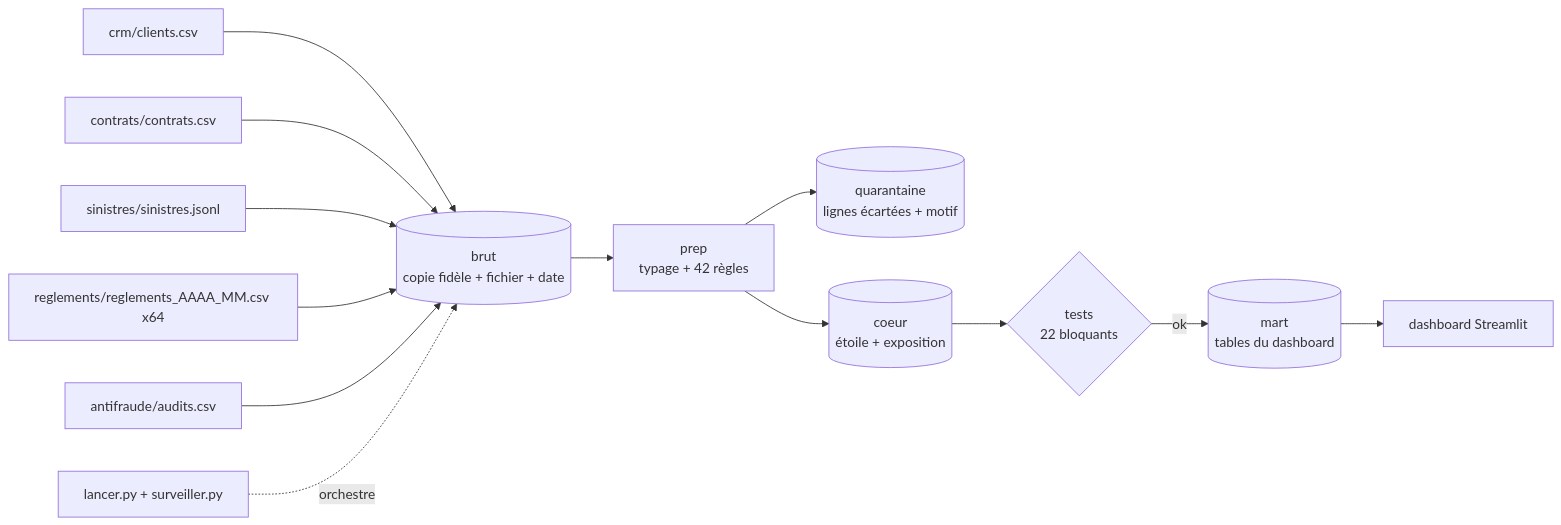
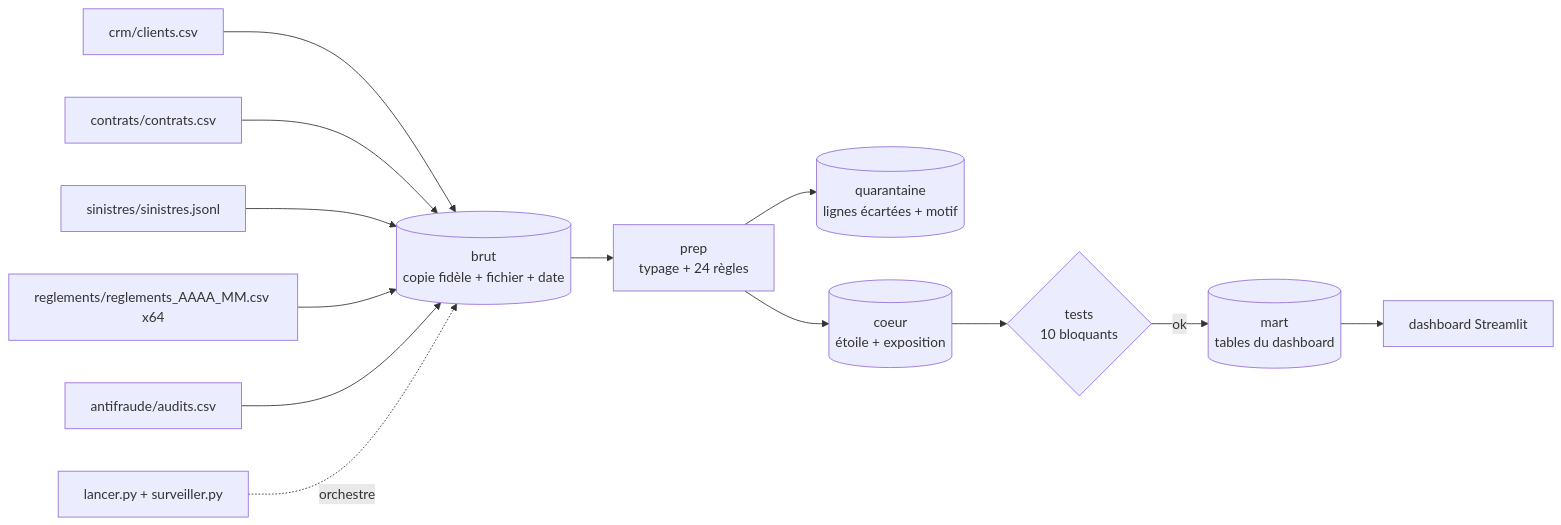
One commit to gaelakoussah-dev/boreal-AKOUSSAH changed the diagram in docs/architecture.md. Above: the diagram before and after it, drawn with Mermaid. The commit also changed other lines of this file and 8507 other files, not shown here.

````diff
--- a/docs/architecture.md
+++ b/docs/architecture.md
@@ -3,15 +3,15 @@
 ```mermaid
 flowchart LR
     S1[crm/clients.csv] --> B
     S2[contrats/contrats.csv] --> B
     S3[sinistres/sinistres.jsonl] --> B
     S4[reglements/reglements_AAAA_MM.csv x64] --> B
     S5[antifraude/audits.csv] --> B
-    B[(brut\ncopie fidèle + fichier + date)] --> P[prep\ntypage + 42 règles]
+    B[(brut\ncopie fidèle + fichier + date)] --> P[prep\ntypage + 24 règles]
     P --> Q[(quarantaine\nlignes écartées + motif)]
     P --> C[(coeur\nétoile + exposition)]
-    C --> T{tests\n22 bloquants}
+    C --> T{tests\n10 bloquants}
     T -->|ok| M[(mart\ntables du dashboard)]
     M --> D[dashboard Streamlit]
     L[lancer.py + surveiller.py] -.orchestre.-> B
 ```
````
